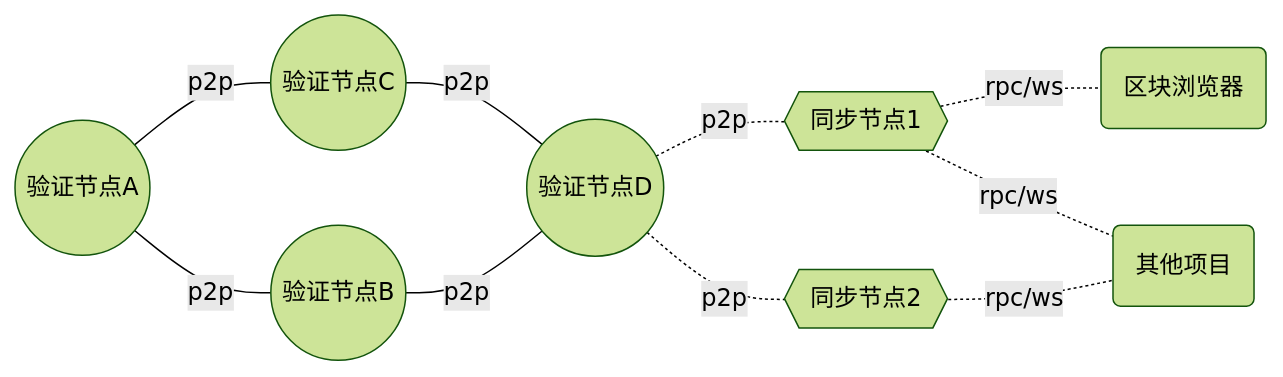
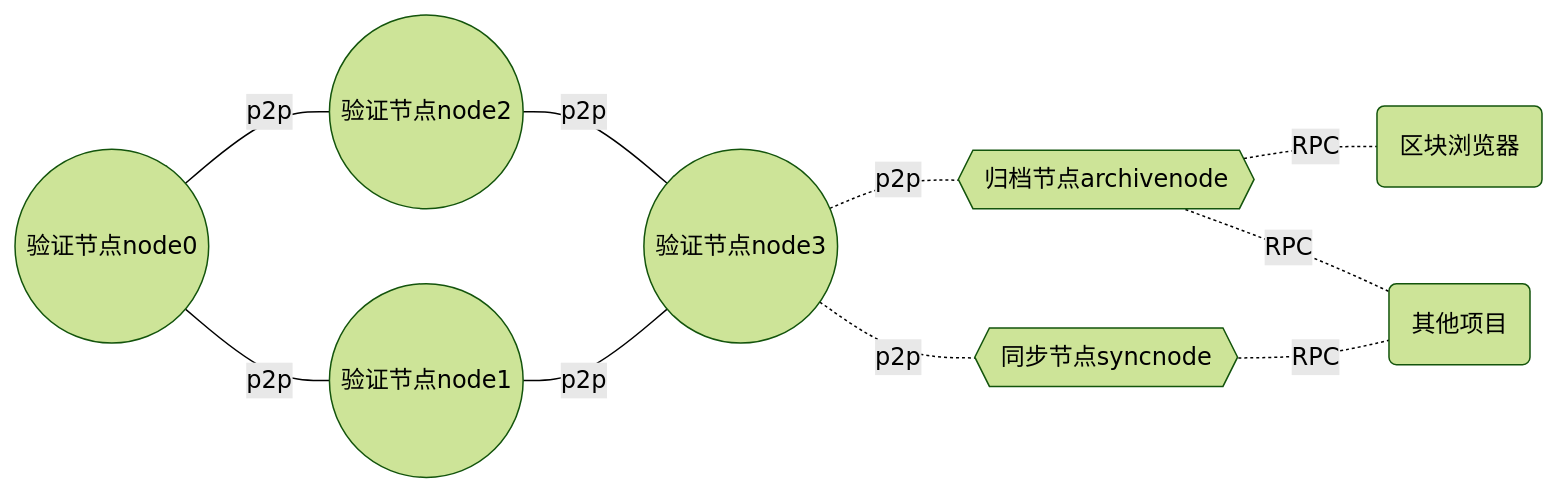
The diagram in 6.服务器成本.md (qiyichain/dev-docs), drawn with Mermaid (forest theme) before and after one commit. The commit also changed other lines of this file and 1 other file, not shown here.

Commit message:
更新文档

````diff
--- a/6.服务器成本.md
+++ b/6.服务器成本.md
@@ -8,16 +8,16 @@
 ```mermaid
 
 graph LR
 
-A((验证节点A))--p2p---B((验证节点B))
-C((验证节点C))--p2p---D((验证节点D))
+A((验证节点node0))--p2p---B((验证节点node1))
+C((验证节点node2))--p2p---D((验证节点node3))
 A--p2p---C
 B--p2p---D
 
-D-.p2p.-E{{同步节点1}}
-D-.p2p.-H{{同步节点2}}
+D-.p2p.-E{{归档节点archivenode}}
+D-.p2p.-H{{同步节点syncnode}}
 
-E-.rpc/ws.--G(区块浏览器)
-E-.rpc/ws.--F(其他项目)
-H-.rpc/ws.--F(其他项目)
+E-.RPC.--G(区块浏览器)
+E-.RPC.--F(其他项目)
+H-.RPC.--F(其他项目)
 ```
````
